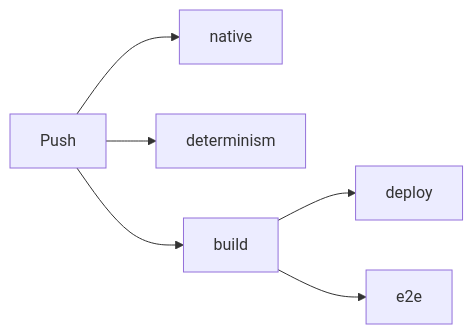
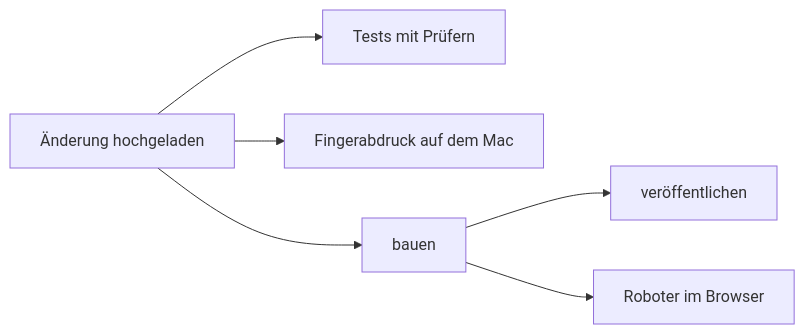
Before and after one commit to ChristianHohlfeld/kernengine.de: the second of 2 diagrams in kern/docs/buch-gelb/02-bauen-und-testen.md, drawn with Mermaid. The commit also changed other lines of this file and 22 other files, not shown here.

````diff
--- a/kern/docs/buch-gelb/02-bauen-und-testen.md
+++ b/kern/docs/buch-gelb/02-bauen-und-testen.md
@@ -171,8 +246,8 @@
 ```mermaid
 flowchart LR
-  P["Push"] --> N["native"]
-  P --> D["determinism"]
-  P --> B["build"]
-  B --> DE["deploy"]
-  B --> E["e2e"]
+  P["Änderung hochgeladen"] --> N["Tests mit Prüfern"]
+  P --> D["Fingerabdruck auf dem Mac"]
+  P --> B["bauen"]
+  B --> DE["veröffentlichen"]
+  B --> E["Roboter im Browser"]
 ```
````
